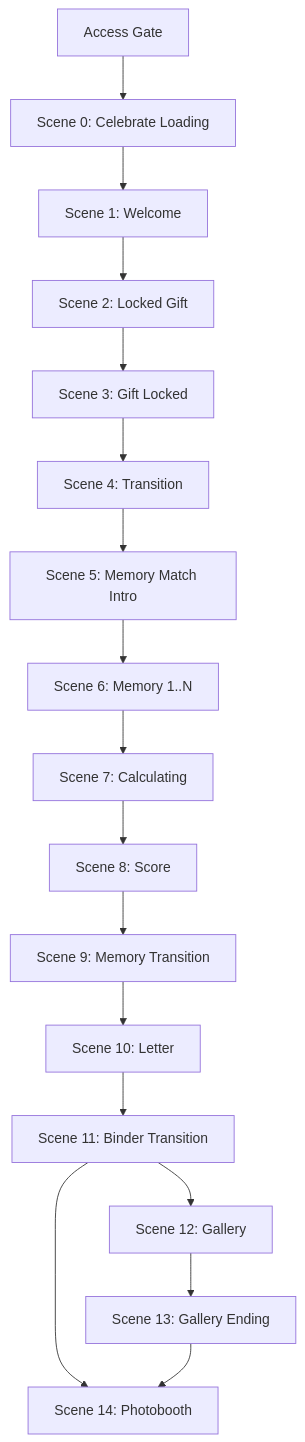
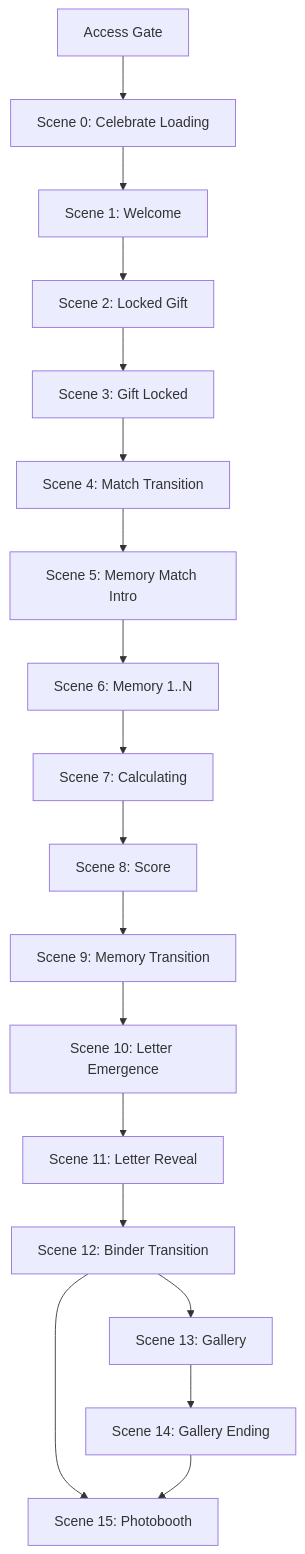
The diagram in docs/sprint-11/03_MEMORIES_SCENE_ARCHITECTURE.md (vinoslwly/celebrate-florist), drawn with Mermaid before and after one commit. The commit also changed other lines of this file and 32 other files, not shown here.

````diff
--- a/docs/sprint-11/03_MEMORIES_SCENE_ARCHITECTURE.md
+++ b/docs/sprint-11/03_MEMORIES_SCENE_ARCHITECTURE.md
@@ -115,19 +115,20 @@
 ```mermaid
 flowchart TD
     AG[Access Gate] --> S0[Scene 0: Celebrate Loading]
     S0 --> S1[Scene 1: Welcome]
     S1 --> S2[Scene 2: Locked Gift]
     S2 --> S3[Scene 3: Gift Locked]
-    S3 --> S4[Scene 4: Transition]
+    S3 --> S4[Scene 4: Match Transition]
     S4 --> S5[Scene 5: Memory Match Intro]
     S5 --> S6[Scene 6: Memory 1..N]
     S6 --> S7[Scene 7: Calculating]
     S7 --> S8[Scene 8: Score]
     S8 --> S9[Scene 9: Memory Transition]
-    S9 --> S10[Scene 10: Letter]
-    S10 --> S11[Scene 11: Binder Transition]
-    S11 --> S12[Scene 12: Gallery]
-    S11 --> S14[Scene 14: Photobooth]
-    S12 --> S13[Scene 13: Gallery Ending]
-    S13 --> S14
+    S9 --> S10[Scene 10: Letter Emergence]
+    S10 --> S11[Scene 11: Letter Reveal]
+    S11 --> S12[Scene 12: Binder Transition]
+    S12 --> S13[Scene 13: Gallery]
+    S12 --> S15[Scene 15: Photobooth]
+    S13 --> S14[Scene 14: Gallery Ending]
+    S14 --> S15
 ```
````
